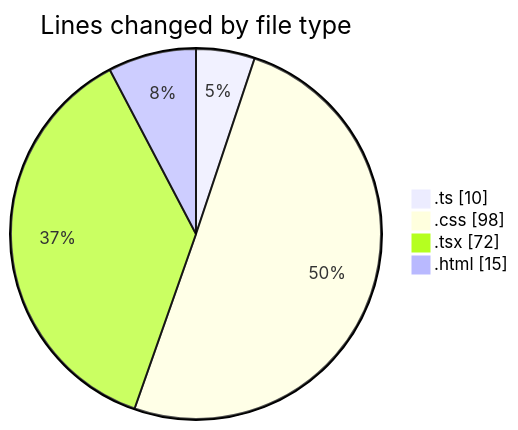
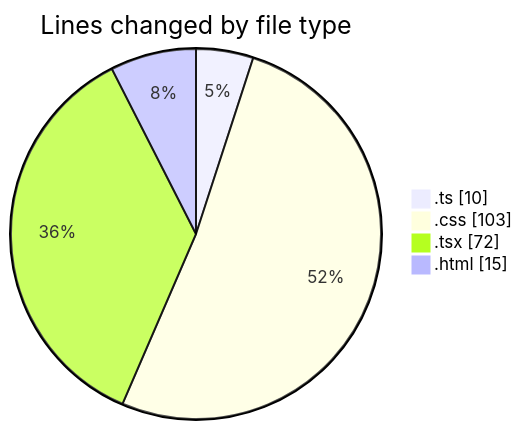
The first of 2 diagrams in 2025-07-31/tw-server/README.md (EIIisD/code-tracking), drawn with Mermaid before and after one commit. The commit also changed other lines of this file and 1 other file, not shown here.

````diff
--- a/2025-07-31/tw-server/README.md
+++ b/2025-07-31/tw-server/README.md
@@ -25,8 +25,8 @@
 ```mermaid
 pie showData
 title Lines changed by file type
 ".ts" : 10
-".css" : 98
+".css" : 103
 ".tsx" : 72
 ".html" : 15
 ```
````
